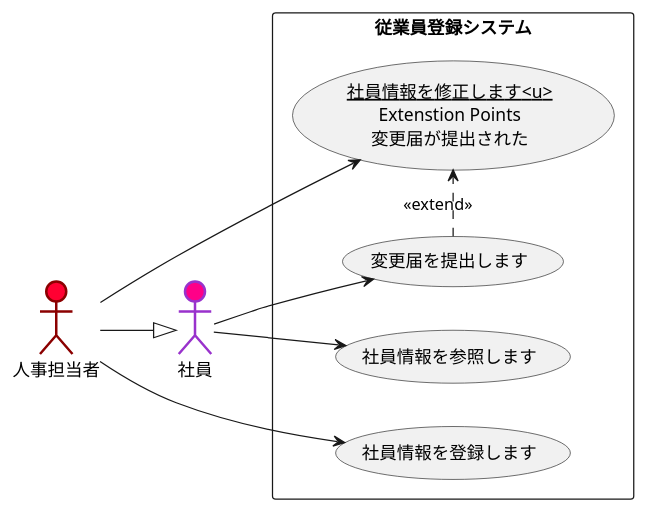
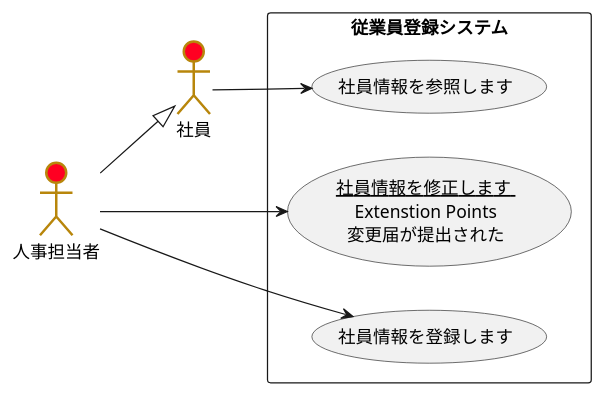
One commit to milky326/uml-introduction changed the diagram in 【提出】演習2-6_盛岡システム_従業員登録システム.pu. Above: the diagram before and after it, drawn with PlantUML.

Commit message:
（再）演習２－６

```diff
--- a/【提出】演習2-6_盛岡システム_従業員登録システム.pu
+++ b/【提出】演習2-6_盛岡システム_従業員登録システム.pu
@@ -1,17 +1,14 @@
 @startuml ユースケース図
 left to right direction
-actor 人事担当者 #ff0032;line:DarkRed;line.bold;
-actor 社員 #ff0088;line:DarkOrchid;line.bold;
+actor 人事担当者 #ff0022;line:DarkGoldenRod;line.bold;
+actor 社員 #ff0022;line:DarkGoldenRod;line.bold;
 rectangle 従業員登録システム{
-usecase (<u>社員情報を修正します<u>\nExtenstion Points\n変更届が提出された) as input
+usecase (<u>社員情報を修正します<u> \nExtenstion Points\n変更届が提出された) as input
 usecase 社員情報を登録します
 usecase 社員情報を参照します
-usecase 変更届を提出します
 }
-社員 -->社員情報を参照します
-社員 -->変更届を提出します
-人事担当者 -->input
-人事担当者 -->社員情報を登録します
-人事担当者 --|>社員
-変更届を提出します .> input:<<extend>>
+社員 --> 社員情報を参照します
+人事担当者--> input
+人事担当者 --> 社員情報を登録します
+人事担当者 --|> 社員
 @enduml
```
